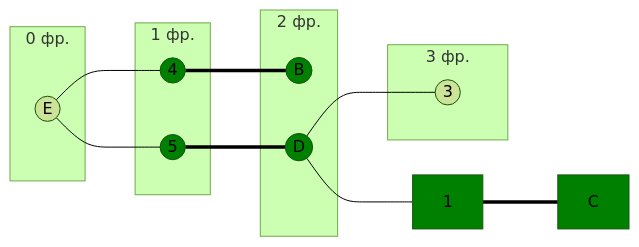
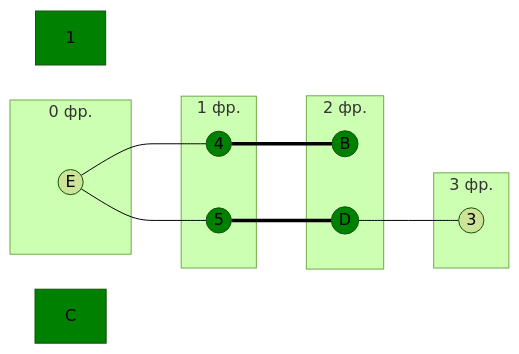
Before and after one commit to hse-algo-psapr-25/manual-tasks: the fifth of 9 diagrams in Задание 14/DIsplayPort.md, drawn with Mermaid (forest theme).

````diff
--- a/Задание 14/DIsplayPort.md
+++ b/Задание 14/DIsplayPort.md
@@ -179,32 +179,30 @@
 ```mermaid
 graph LR
     subgraph "0 фр." 
         E((E))
     end
     subgraph "1 фр." 
         4((4))
         5((5))
     end
     subgraph "2 фр." 
         B((B))
         D((D))
     end
     subgraph "3 фр." 
         3((3))
     end
 
     E --- 4
     E --- 5
     4 === B
     5 === D
-    D --- 1
     D --- 3
-    1 === C
 
     style 4 fill:#008000
     style B fill:#008000
     style D fill:#008000
     style 5 fill:#008000
     style 1 fill:#008000
     style C fill:#008000
 ```
````
